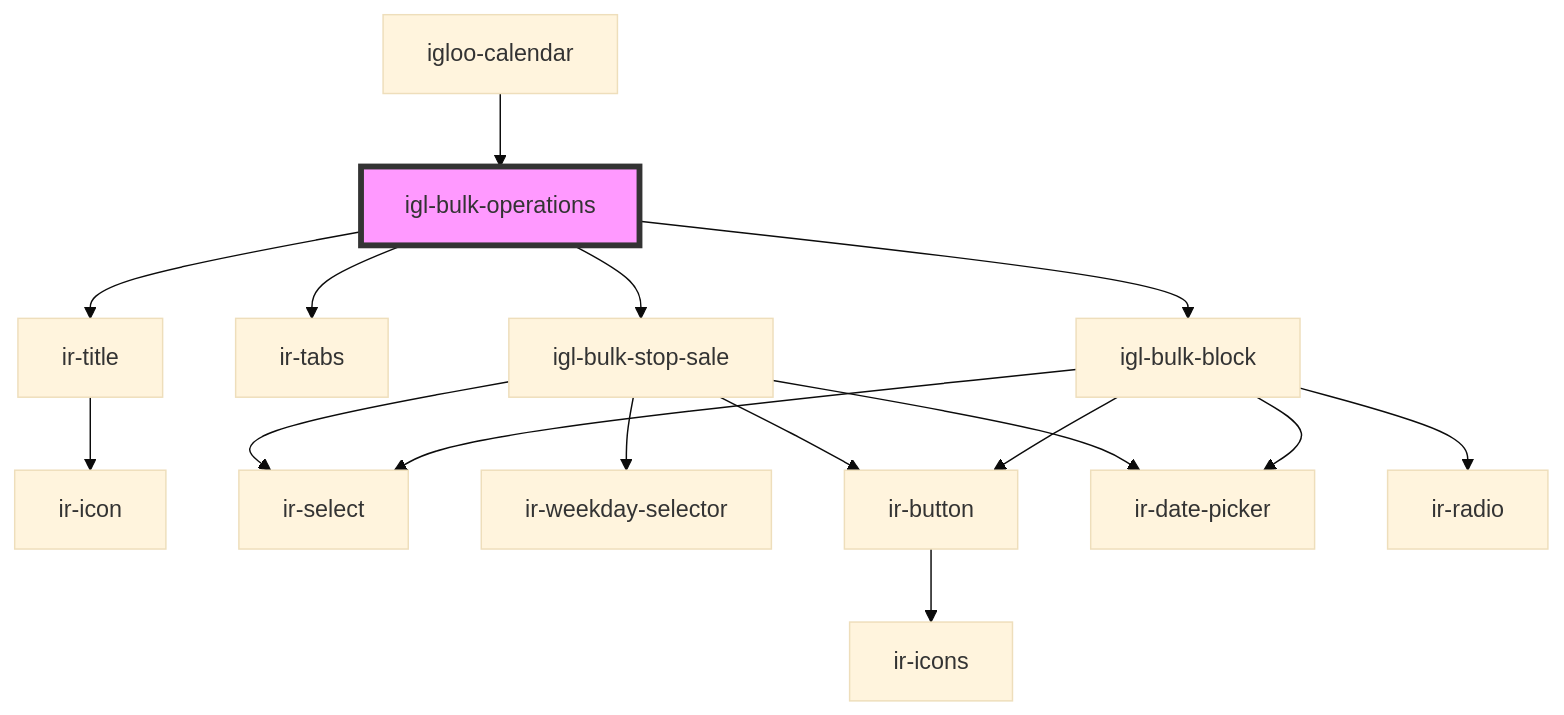
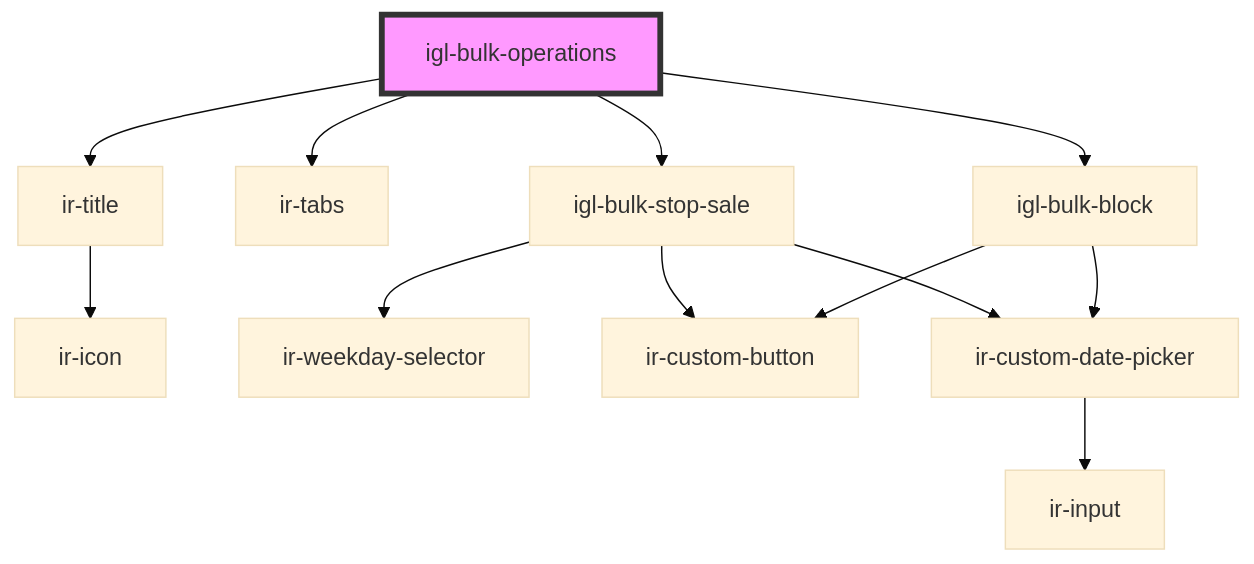
Before and after one commit to RonyRizk/ir-webcmp: the diagram in src/components/igloo-calendar/igl-bulk-operations/readme.md, drawn with Mermaid (base theme). The commit also changed other lines of this file and 32 other files, not shown here.

````diff
--- a/src/components/igloo-calendar/igl-bulk-operations/readme.md
+++ b/src/components/igloo-calendar/igl-bulk-operations/readme.md
@@ -38,19 +34,15 @@
 ```mermaid
 graph TD;
   igl-bulk-operations --> ir-title
   igl-bulk-operations --> ir-tabs
   igl-bulk-operations --> igl-bulk-stop-sale
   igl-bulk-operations --> igl-bulk-block
   ir-title --> ir-icon
-  igl-bulk-stop-sale --> ir-select
   igl-bulk-stop-sale --> ir-weekday-selector
-  igl-bulk-stop-sale --> ir-button
-  igl-bulk-stop-sale --> ir-date-picker
-  ir-button --> ir-icons
-  igl-bulk-block --> ir-select
-  igl-bulk-block --> ir-radio
-  igl-bulk-block --> ir-button
-  igl-bulk-block --> ir-date-picker
-  igloo-calendar --> igl-bulk-operations
+  igl-bulk-stop-sale --> ir-custom-button
+  igl-bulk-stop-sale --> ir-custom-date-picker
+  ir-custom-date-picker --> ir-input
+  igl-bulk-block --> ir-custom-button
+  igl-bulk-block --> ir-custom-date-picker
   style igl-bulk-operations fill:#f9f,stroke:#333,stroke-width:4px
 ```
````
